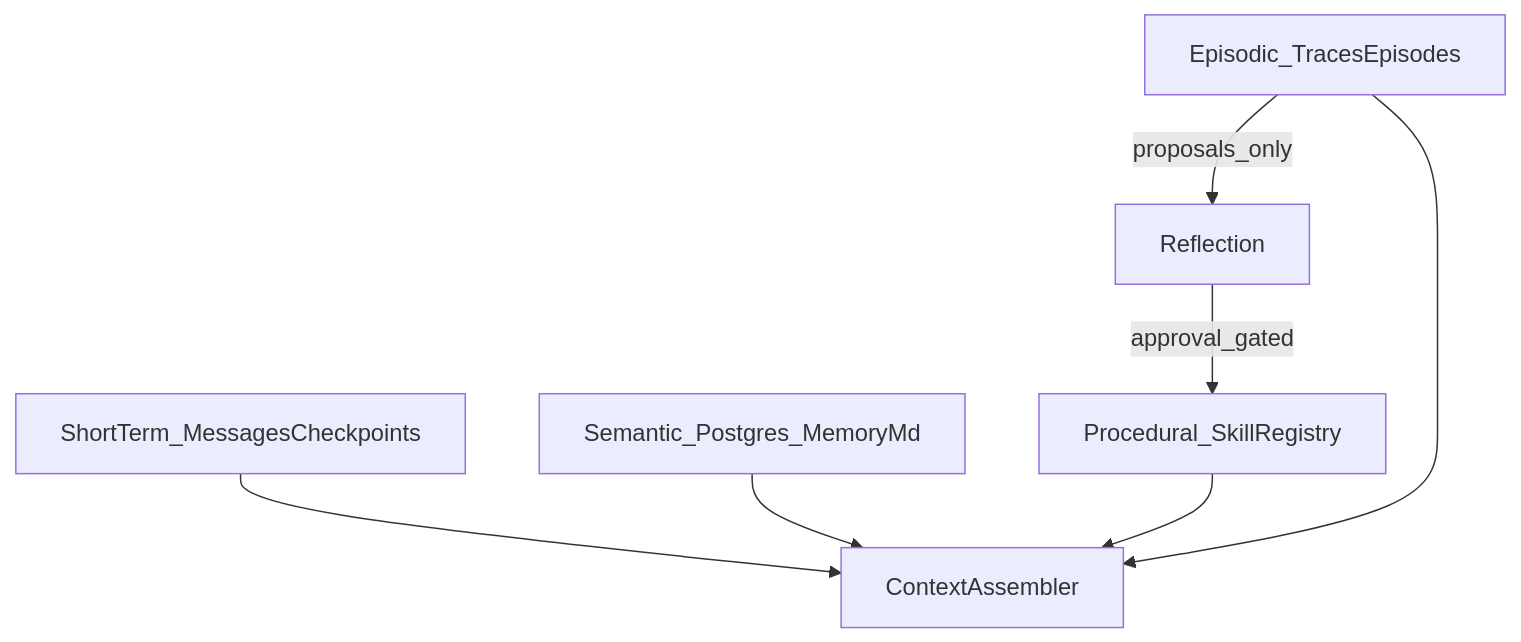
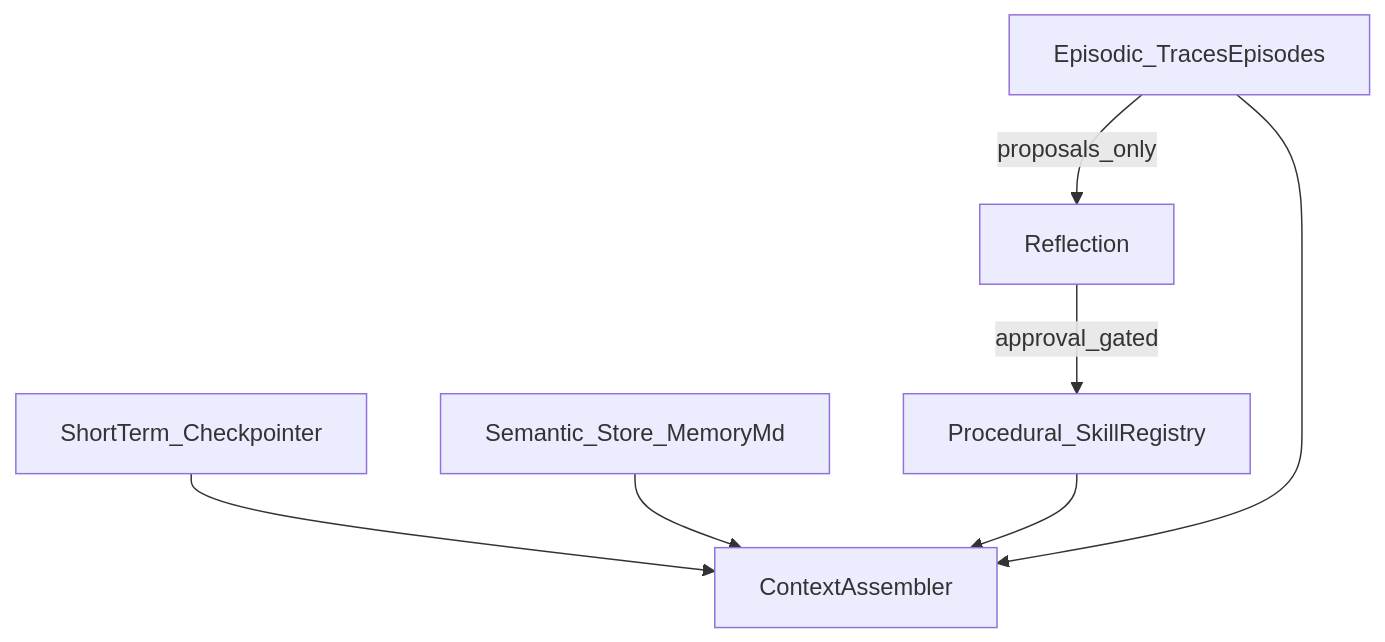
One commit to shivank22/ICE changed the diagram in SKILLS/backend/assets/diagrams/03-memory-domains.mmd. Above: the diagram before and after it, drawn with Mermaid. The commit also changed 93 other files, not shown here.

```diff
--- a/SKILLS/backend/assets/diagrams/03-memory-domains.mmd
+++ b/SKILLS/backend/assets/diagrams/03-memory-domains.mmd
@@ -1,13 +1,13 @@
-%% Four memory domains
+%% Four memory domains — LangGraph bindings + platform layers
 flowchart TB
-  STM[ShortTerm_MessagesCheckpoints]
-  Sem[Semantic_Postgres_MemoryMd]
+  STM[ShortTerm_Checkpointer]
+  Sem[Semantic_Store_MemoryMd]
   Proc[Procedural_SkillRegistry]
   Epi[Episodic_TracesEpisodes]
   Ctx[ContextAssembler]
   STM --> Ctx
   Sem --> Ctx
   Proc --> Ctx
   Epi --> Ctx
   Epi -->|proposals_only| Reflect[Reflection]
   Reflect -->|approval_gated| Proc
```
